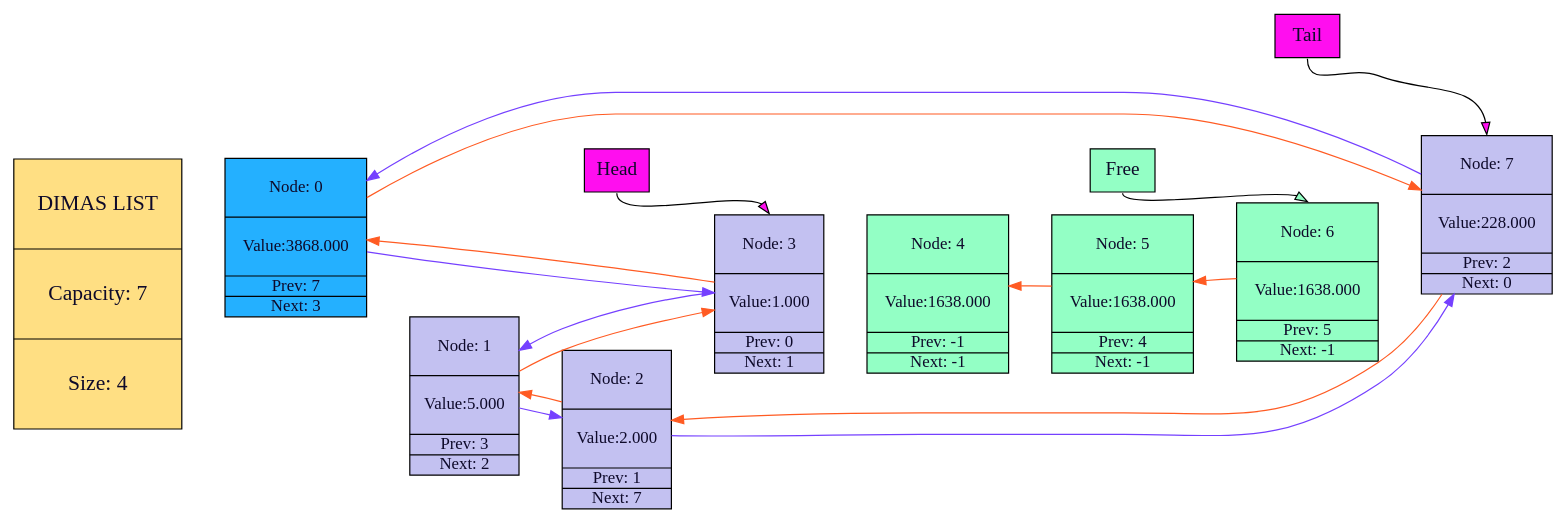
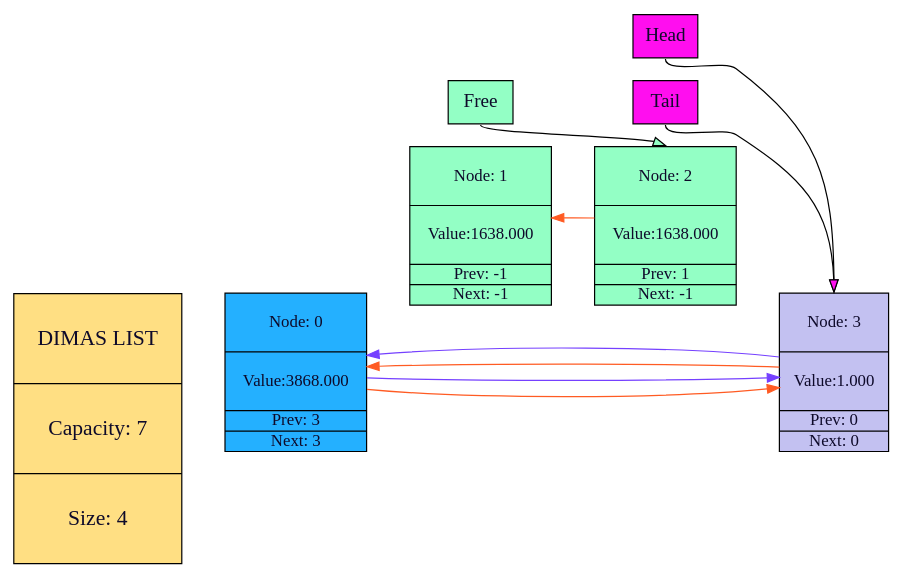
The diagram in 5-list/5-list/list_graph.gv (dmjtsh/huawei_course), drawn with Graphviz before and after one commit. The commit also changed 16 other files, not shown here.

```diff
--- a/5-list/5-list/list_graph.gv
+++ b/5-list/5-list/list_graph.gv
@@ -1,47 +1,31 @@
 digraph ListGraph {
 rankdir="LR";
 node [shape="box", style="filled", fillcolor="#24b0ff", fontcolor="#0e0a2a", margin="0.01"];
-"Node0" [shape="record", label="\n Node: 0 \n\n|\n Value:3868.000\n\n | Prev: 7 | Next: 3"];
-node [shape="box", style="filled", fillcolor="#c3c1f1", fontcolor="#0e0a2a", margin="0.01"];
-"Node1" [shape="record", label="\n Node: 1 \n\n|\n Value:5.000\n\n | Prev: 3 | Next: 2"];
-node [shape="box", style="filled", fillcolor="#c3c1f1", fontcolor="#0e0a2a", margin="0.01"];
-"Node2" [shape="record", label="\n Node: 2 \n\n|\n Value:2.000\n\n | Prev: 1 | Next: 7"];
-node [shape="box", style="filled", fillcolor="#c3c1f1", fontcolor="#0e0a2a", margin="0.01"];
-"Node3" [shape="record", label="\n Node: 3 \n\n|\n Value:1.000\n\n | Prev: 0 | Next: 1"];
+"Node0" [shape="record", label="\n Node: 0 \n\n|\n Value:3868.000\n\n | Prev: 3 | Next: 3"];
 node [shape="box", style="filled", fillcolor="#c3c1f1", fontcolor="#0e0a2a", margin="0.01"];
 node [shape="box", style="filled", fillcolor="#93ffc5", fontcolor="#0e0a2a", margin="0.01"];
-"Node4" [shape="record", label="\n Node: 4 \n\n|\n Value:1638.000\n\n | Prev: -1 | Next: -1"];
+"Node1" [shape="record", label="\n Node: 1 \n\n|\n Value:1638.000\n\n | Prev: -1 | Next: -1"];
 node [shape="box", style="filled", fillcolor="#c3c1f1", fontcolor="#0e0a2a", margin="0.01"];
 node [shape="box", style="filled", fillcolor="#93ffc5", fontcolor="#0e0a2a", margin="0.01"];
-"Node5" [shape="record", label="\n Node: 5 \n\n|\n Value:1638.000\n\n | Prev: 4 | Next: -1"];
+"Node2" [shape="record", label="\n Node: 2 \n\n|\n Value:1638.000\n\n | Prev: 1 | Next: -1"];
 node [shape="box", style="filled", fillcolor="#c3c1f1", fontcolor="#0e0a2a", margin="0.01"];
-node [shape="box", style="filled", fillcolor="#93ffc5", fontcolor="#0e0a2a", margin="0.01"];
-"Node6" [shape="record", label="\n Node: 6 \n\n|\n Value:1638.000\n\n | Prev: 5 | Next: -1"];
+"Node3" [shape="record", label="\n Node: 3 \n\n|\n Value:1.000\n\n | Prev: 0 | Next: 0"];
 node [shape="box", style="filled", fillcolor="#c3c1f1", fontcolor="#0e0a2a", margin="0.01"];
-"Node7" [shape="record", label="\n Node: 7 \n\n|\n Value:228.000\n\n | Prev: 2 | Next: 0"];
-node [shape="box", style="filled", fillcolor="#c3c1f1", fontcolor="#0e0a2a", margin="0.01"];
-"Node0" -> "Node1" [color="#43ff6400"];"Node1" -> "Node2" [color="#43ff6400"];"Node2" -> "Node3" [color="#43ff6400"];"Node3" -> "Node4" [color="#43ff6400"];"Node4" -> "Node5" [color="#43ff6400"];"Node5" -> "Node6" [color="#43ff6400"];"Node6" -> "Node7" [color="#43ff6400"];"Node0" -> "Node7"  [color="#ff5b23" fontcolor="#ff5b23"];
+"Node0" -> "Node1" [color="#43ff6400"];"Node1" -> "Node2" [color="#43ff6400"];"Node2" -> "Node3" [color="#43ff6400"];"Node0" -> "Node3"  [color="#ff5b23" fontcolor="#ff5b23"];
 "Node0" -> "Node3" [color="#7540ff" fontcolor="#7540ff"];
-"Node1" -> "Node3"  [color="#ff5b23" fontcolor="#ff5b23"];
-"Node1" -> "Node2" [color="#7540ff" fontcolor="#7540ff"];
 "Node2" -> "Node1"  [color="#ff5b23" fontcolor="#ff5b23"];
-"Node2" -> "Node7" [color="#7540ff" fontcolor="#7540ff"];
 "Node3" -> "Node0"  [color="#ff5b23" fontcolor="#ff5b23"];
-"Node3" -> "Node1" [color="#7540ff" fontcolor="#7540ff"];
-"Node5" -> "Node4"  [color="#ff5b23" fontcolor="#ff5b23"];
-"Node6" -> "Node5"  [color="#ff5b23" fontcolor="#ff5b23"];
-"Node7" -> "Node2"  [color="#ff5b23" fontcolor="#ff5b23"];
-"Node7" -> "Node0" [color="#7540ff" fontcolor="#7540ff"];
+"Node3" -> "Node0" [color="#7540ff" fontcolor="#7540ff"];
 node [shape="box", style="filled", fillcolor="#ffdf83", fontcolor="#0e0a2a", margin="0.1"];
 List [shape=record, label="\n DIMAS LIST \n \n | \n Capacity: 7 \n \n | \n Size: 4 \n \n" , fontsize=18];
 node [shape=box, style=filled, fillcolor="#93ffc5", fontcolor="#0e0a2a", margin="0.01"];
 Free [shape=record, label="Free", fontsize=16];
 node [shape=box, style=filled, fillcolor="#ff0eef", fontcolor="#0e0a2a", margin="0.01"];
 Head [shape=record, label="Head", fontsize=16];
 node [shape=box, style=filled, fillcolor="#ff0eef", fontcolor="#0e0a2a", margin="0.01"];
 Tail [shape=record, label="Tail", fontsize=16];
 "List" -> "Node0" [weight=1, color="#43ff6400", headport=n, tailport=n];
-"Free" -> "Node6" [headport=n, tailport=s, constraint=true, fillcolor="#93ffc5"];
-"Tail" -> "Node7" [headport=n, tailport=s, constraint=true, fillcolor="#ff0eef"];
+"Free" -> "Node2" [headport=n, tailport=s, constraint=true, fillcolor="#93ffc5"];
+"Tail" -> "Node3" [headport=n, tailport=s, constraint=true, fillcolor="#ff0eef"];
 "Head" -> "Node3" [headport=n, tailport=s, constraint=true, fillcolor="#ff0eef"];
 }
```
